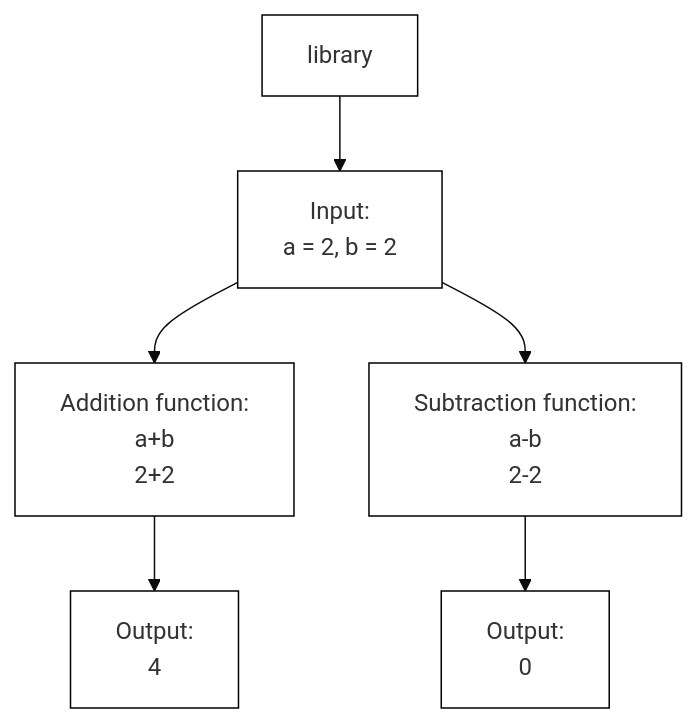
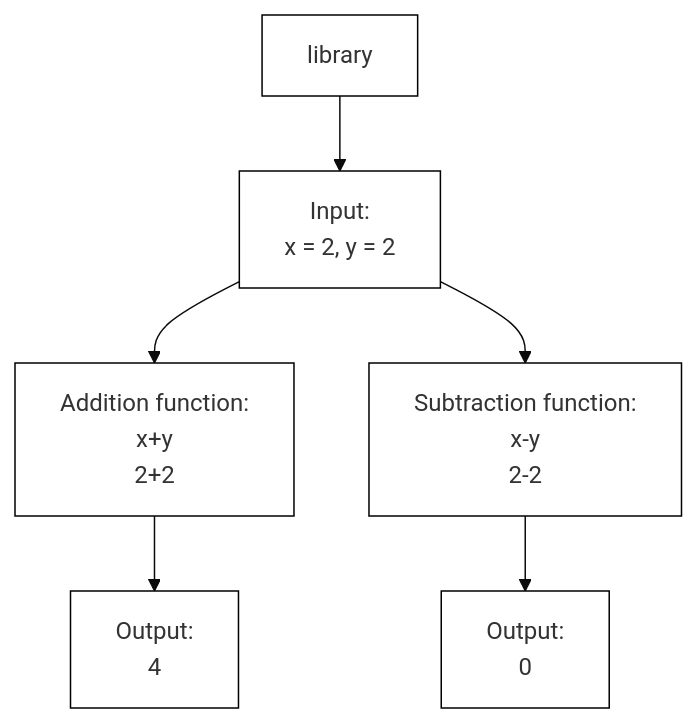
Before and after one commit to DamonCharlesRoberts/data-mgmt-book: the second of 2 diagrams in chapter_2/index.qmd, drawn with Mermaid. The commit also changed other lines of this file and 4 other files, not shown here.

````diff
--- a/chapter_2/index.qmd
+++ b/chapter_2/index.qmd
@@ -45,12 +51,12 @@
 ```{mermaid}
 %%| label: fig-library
 %%| fig-cap: Visualizing a library of functions
 %%| fig-width: 6.5
 %%{init: {'theme':'base', 'themeVariables':{'primaryColor':'#ffffff', 'primaryBorderColor': '#000000'}}}%%
 graph TD;
-A[library] --> B["Input: <br/> a = 2, b = 2"] 
-B --> C["Addition function: <br/> a+b <br/> 2+2"]
+A[library] --> B["Input: <br/> x = 2, y = 2"] 
+B --> C["Addition function: <br/> x+y <br/> 2+2"]
 C --> D["Output: <br/> 4"]
-B --> E["Subtraction function: <br/> a-b <br/> 2-2"]
+B --> E["Subtraction function: <br/> x-y <br/> 2-2"]
 E --> F["Output: <br/> 0"]
 ```
````
